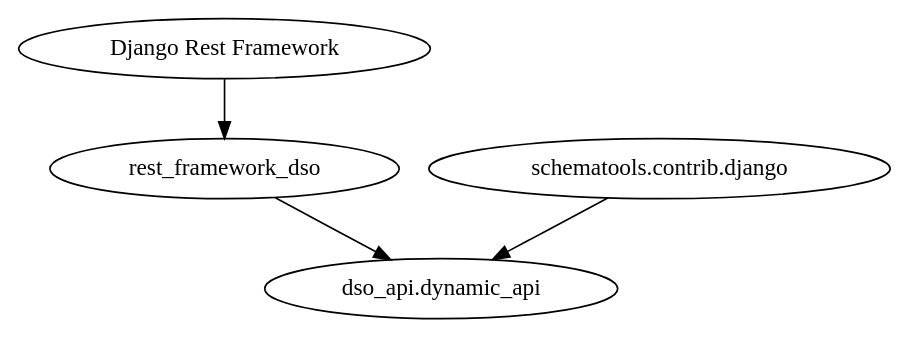
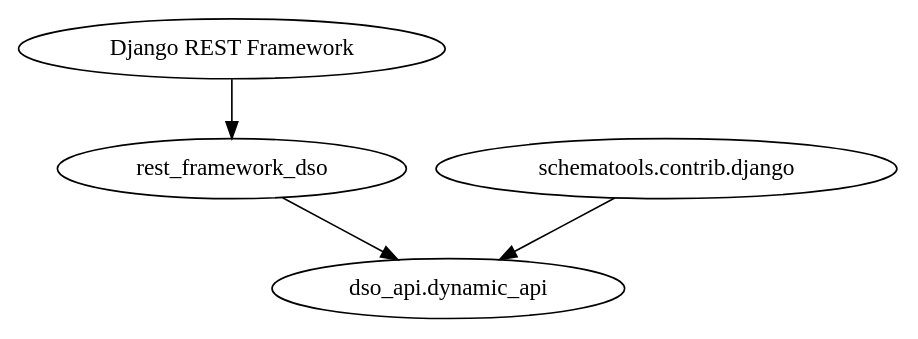
Before and after one commit to Amsterdam/dso-api: the diagram in dev-docs/source/layers.rst, drawn with Graphviz. The commit also changed other lines of this file and 3 other files, not shown here.

```diff
--- a/dev-docs/source/layers.rst
+++ b/dev-docs/source/layers.rst
@@ -6,13 +6,13 @@
 .. graphviz::
 
    digraph foo {
 
-      drf [label="Django Rest Framework"]
+      drf [label="Django REST Framework"]
       rest_framework_dso [label="rest_framework_dso"]
       dynamic [label="dso_api.dynamic_api"]
       schematools_contrib_django [label="schematools.contrib.django"]
 
       schematools_contrib_django -> dynamic
       drf -> rest_framework_dso
       rest_framework_dso -> dynamic
    }
```
